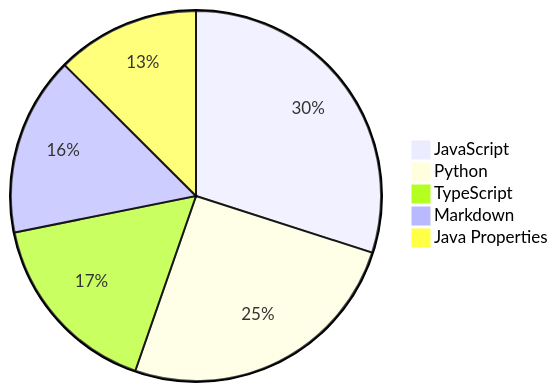
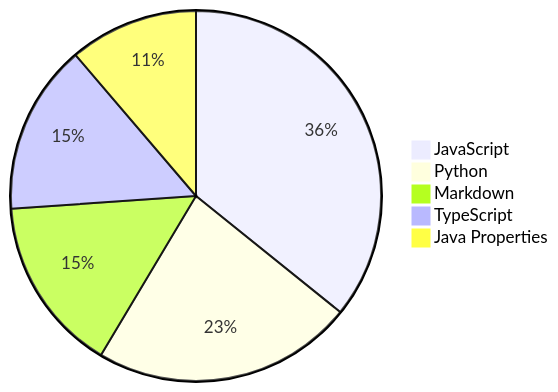
Before and after one commit to Alicia111/alicia111: the diagram in README.md, drawn with Mermaid.

Commit message:
Update WakaTime stats (・ω・)b

````diff
--- a/README.md
+++ b/README.md
@@ -32,8 +32,8 @@
 ```mermaid
 pie
-    "JavaScript" : 20.52
-    "Python" : 17.38
-    "TypeScript" : 11.32
-    "Markdown" : 10.71
-    "Java Properties" : 8.58
+    "JavaScript" : 25.76
+    "Python" : 16.4
+    "Markdown" : 11.04
+    "TypeScript" : 10.68
+    "Java Properties" : 8.1
 ```
````
